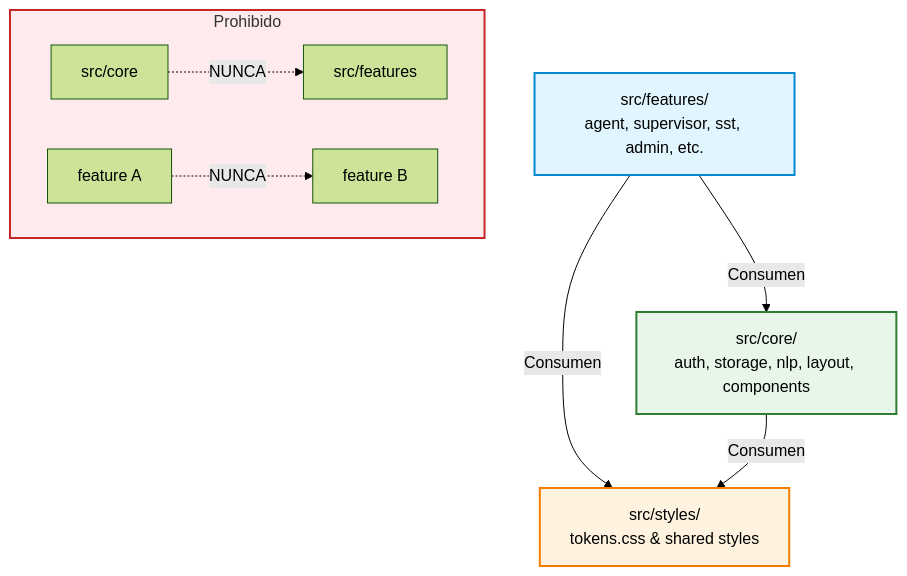
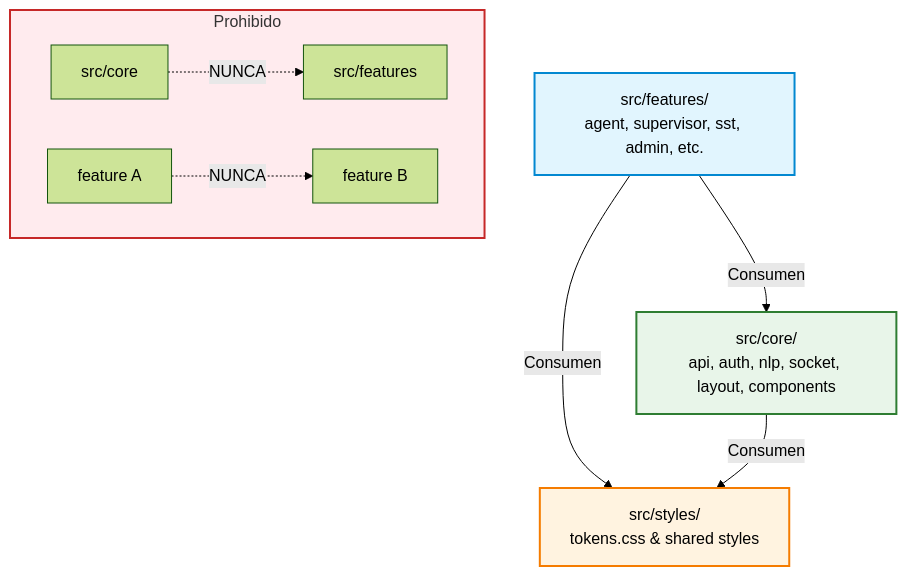
Before and after one commit to SODI1999/Pulso360: the diagram in docs/libro-pulso360/INDICE_MAESTRO.md, drawn with Mermaid (forest theme). The commit also changed other lines of this file and 13 other files, not shown here.

````diff
--- a/docs/libro-pulso360/INDICE_MAESTRO.md
+++ b/docs/libro-pulso360/INDICE_MAESTRO.md
@@ -37,16 +38,16 @@
 ```mermaid
 graph TD
-    Features[src/features/<br>agent, supervisor, sst, admin, etc.] -->|Consumen| Core[src/core/<br>auth, storage, nlp, layout, components]
+    Features[src/features/<br>agent, supervisor, sst, admin, etc.] -->|Consumen| Core[src/core/<br>api, auth, nlp, socket, layout, components]
     Features -->|Consumen| Tokens[src/styles/<br>tokens.css & shared styles]
     Core -->|Consumen| Tokens
     
     subgraph Prohibido
         E1[src/core] -.->|NUNCA| E2[src/features]
         E3[feature A] -.->|NUNCA| E4[feature B]
     end
     
     style Prohibido fill:#ffebee,stroke:#c62828,stroke-width:2px;
     style Features fill:#e1f5fe,stroke:#0288d1,stroke-width:2px;
     style Core fill:#e8f5e9,stroke:#2e7d32,stroke-width:2px;
     style Tokens fill:#fff3e0,stroke:#f57c00,stroke-width:2px;
 ```
````
